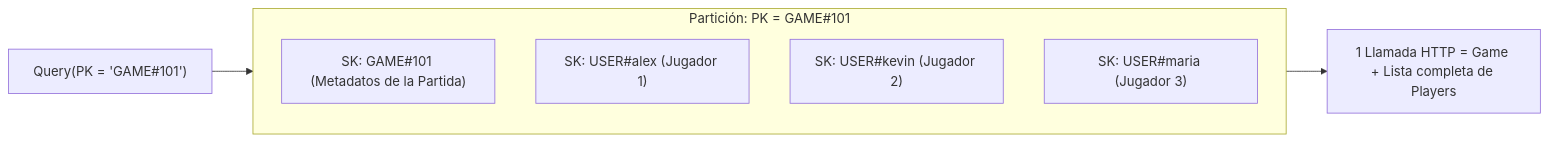
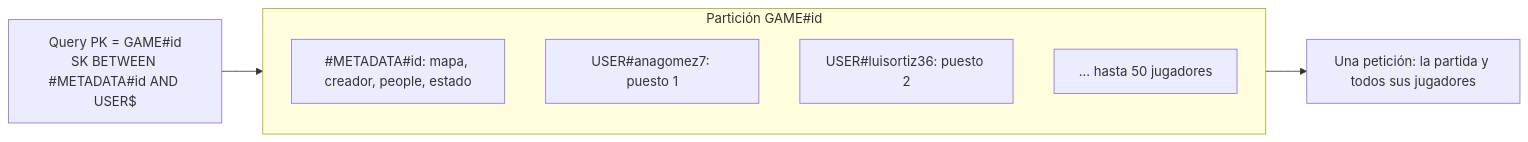
One commit to KevinAndrey96/python-dynamodb-single-table-design-battle-royale changed the diagram in README.md. Above: the diagram before and after it, drawn with Mermaid. The commit also changed other lines of this file and 1 other file, not shown here.

````diff
--- a/README.md
+++ b/README.md
@@ -27,12 +45,12 @@
 ```mermaid
 flowchart LR
-    subgraph DDBPartition["Partición: PK = GAME#101"]
+    Q["Query PK = GAME#id<br/>SK BETWEEN #METADATA#id AND USER$"] --> P
+    subgraph P["Partición GAME#id"]
         direction TB
-        G["SK: GAME#101 (Metadatos de la Partida)"]
-        P1["SK: USER#alex (Jugador 1)"]
-        P2["SK: USER#kevin (Jugador 2)"]
-        P3["SK: USER#maria (Jugador 3)"]
+        M["#METADATA#id: mapa, creador, people, estado"]
+        J1["USER#anagomez7: puesto 1"]
+        J2["USER#luisortiz36: puesto 2"]
+        J3["... hasta 50 jugadores"]
     end
-    Query["Query(PK = 'GAME#101')"] --> DDBPartition
-    DDBPartition --> Result["1 Llamada HTTP = Game + Lista completa de Players"]
+    P --> R["Una petición: la partida y todos sus jugadores"]
 ```
````
